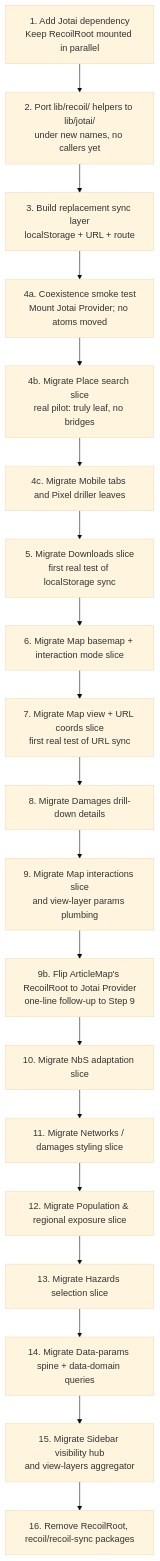
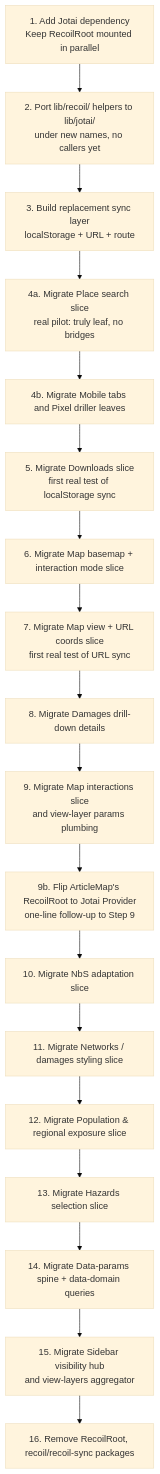
Before and after one commit to nismod/irv-frontend: the diagram in docs/recoil-jotai-migration/04-migration-slices.md, drawn with Mermaid (base theme). The commit also changed other lines of this file and 4 other files, not shown here.

Commit message:
Migrate map place search from recoil to jotai

````diff
--- a/docs/recoil-jotai-migration/04-migration-slices.md
+++ b/docs/recoil-jotai-migration/04-migration-slices.md
@@ -13,24 +13,23 @@
 ```mermaid
 flowchart TD
     Step1[1. Add Jotai dependency<br/>Keep RecoilRoot mounted in parallel]
     Step2[2. Port lib/recoil/ helpers to lib/jotai/<br/>under new names, no callers yet]
     Step3[3. Build replacement sync layer<br/>localStorage + URL + route]
-    Step4a[4a. Coexistence smoke test<br/>Mount Jotai Provider; no atoms moved]
-    Step4b[4b. Migrate Place search slice<br/>real pilot: truly leaf, no bridges]
-    Step4c[4c. Migrate Mobile tabs and Pixel driller leaves]
+    Step4a[4a. Migrate Place search slice<br/>real pilot: truly leaf, no bridges]
+    Step4b[4b. Migrate Mobile tabs and Pixel driller leaves]
     Step5[5. Migrate Downloads slice<br/>first real test of localStorage sync]
     Step6[6. Migrate Map basemap + interaction mode slice]
     Step7[7. Migrate Map view + URL coords slice<br/>first real test of URL sync]
     Step8[8. Migrate Damages drill-down details]
     Step9[9. Migrate Map interactions slice<br/>and view-layer params plumbing]
     Step9b[9b. Flip ArticleMap's RecoilRoot to Jotai Provider<br/>one-line follow-up to Step 9]
     Step10[10. Migrate NbS adaptation slice]
     Step11[11. Migrate Networks / damages styling slice]
     Step12[12. Migrate Population & regional exposure slice]
     Step13[13. Migrate Hazards selection slice]
     Step14[14. Migrate Data-params spine + data-domain queries]
     Step15[15. Migrate Sidebar visibility hub<br/>and view-layers aggregator]
     Step16[16. Remove RecoilRoot, recoil/recoil-sync packages]
 
-    Step1 --> Step2 --> Step3 --> Step4a --> Step4b --> Step4c --> Step5 --> Step6 --> Step7 --> Step8 --> Step9 --> Step9b --> Step10 --> Step11 --> Step12 --> Step13 --> Step14 --> Step15 --> Step16
+    Step1 --> Step2 --> Step3 --> Step4a --> Step4b --> Step5 --> Step6 --> Step7 --> Step8 --> Step9 --> Step9b --> Step10 --> Step11 --> Step12 --> Step13 --> Step14 --> Step15 --> Step16
 ```
````
